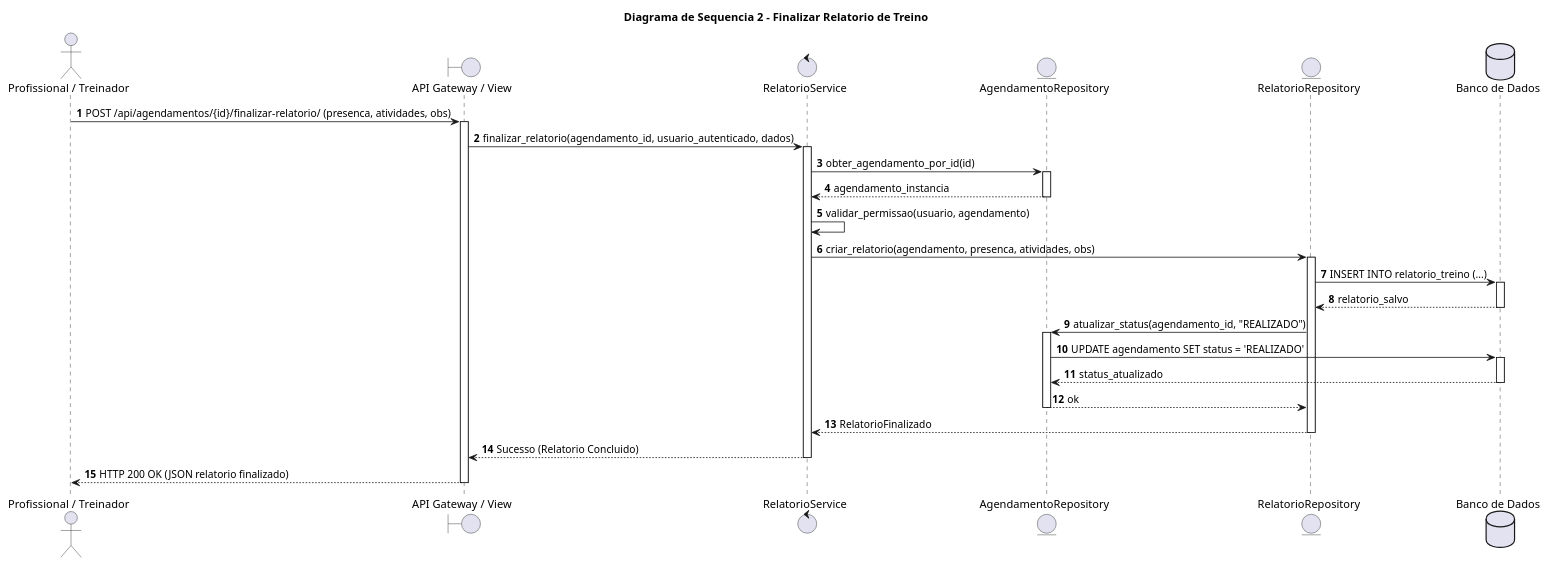
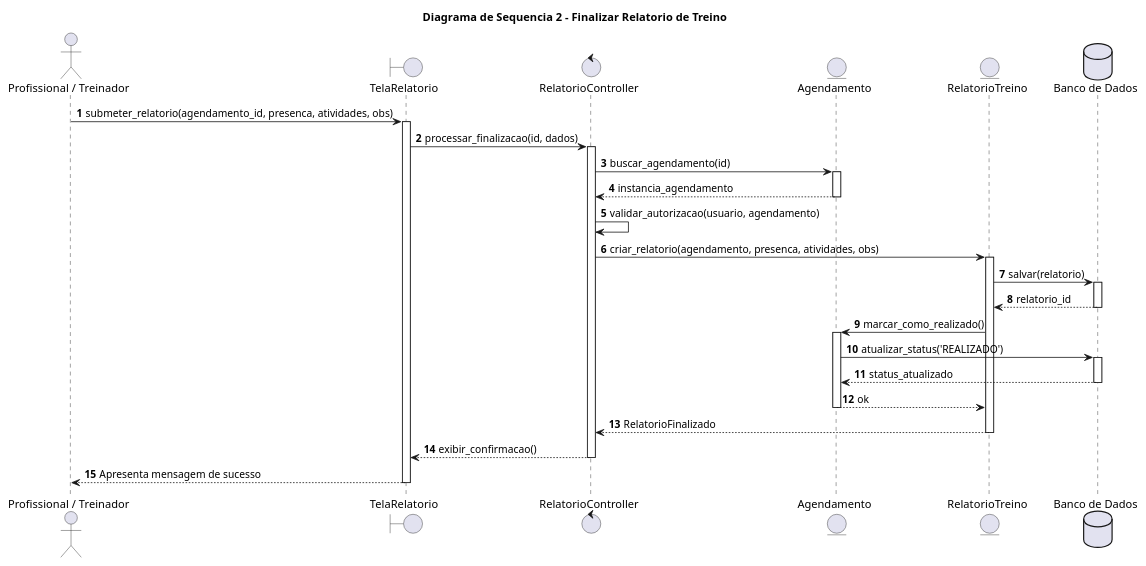
The second of 2 diagrams in docs/Elaboracao/diagrama_de_sequencia.md (Projetos-de-Extensao/PBE_26.2_8002_III), drawn with PlantUML before and after one commit. The commit also changed other lines of this file and 19 other files, not shown here.

Commit message:
docs: remove referencias a API REST e alinha diagramas com padrao BCE

````diff
--- a/docs/Elaboracao/diagrama_de_sequencia.md
+++ b/docs/Elaboracao/diagrama_de_sequencia.md
@@ -211,50 +211,50 @@
 ```plantuml
 @startuml
 title Diagrama de Sequencia 2 - Finalizar Relatorio de Treino
 autonumber
 actor "Profissional / Treinador" as Coach
-boundary "API Gateway / View" as API
-control "RelatorioService" as Service
-entity "AgendamentoRepository" as SchedRepo
-entity "RelatorioRepository" as ReportRepo
+boundary "TelaRelatorio" as View
+control "RelatorioController" as Ctrl
+entity "Agendamento" as Sched
+entity "RelatorioTreino" as Report
 database "Banco de Dados" as DB
 
-Coach -> API : POST /api/agendamentos/{id}/finalizar-relatorio/ (presenca, atividades, obs)
-activate API
+Coach -> View : submeter_relatorio(agendamento_id, presenca, atividades, obs)
+activate View
 
-API -> Service : finalizar_relatorio(agendamento_id, usuario_autenticado, dados)
-activate Service
+View -> Ctrl : processar_finalizacao(id, dados)
+activate Ctrl
 
-Service -> SchedRepo : obter_agendamento_por_id(id)
-activate SchedRepo
-SchedRepo --> Service : agendamento_instancia
-deactivate SchedRepo
+Ctrl -> Sched : buscar_agendamento(id)
+activate Sched
+Sched --> Ctrl : instancia_agendamento
+deactivate Sched
 
-Service -> Service : validar_permissao(usuario, agendamento)
+Ctrl -> Ctrl : validar_autorizacao(usuario, agendamento)
 
-Service -> ReportRepo : criar_relatorio(agendamento, presenca, atividades, obs)
-activate ReportRepo
-ReportRepo -> DB : INSERT INTO relatorio_treino (...)
+Ctrl -> Report : criar_relatorio(agendamento, presenca, atividades, obs)
+activate Report
+Report -> DB : salvar(relatorio)
 activate DB
-DB --> ReportRepo : relatorio_salvo
+DB --> Report : relatorio_id
 deactivate DB
 
-ReportRepo -> SchedRepo : atualizar_status(agendamento_id, "REALIZADO")
-activate SchedRepo
-SchedRepo -> DB : UPDATE agendamento SET status = 'REALIZADO'
+Report -> Sched : marcar_como_realizado()
+activate Sched
+Sched -> DB : atualizar_status('REALIZADO')
 activate DB
-DB --> SchedRepo : status_atualizado
+DB --> Sched : status_atualizado
 deactivate DB
-SchedRepo --> ReportRepo : ok
-deactivate SchedRepo
+Sched --> Report : ok
+deactivate Sched
 
-ReportRepo --> Service : RelatorioFinalizado
-deactivate ReportRepo
+Report --> Ctrl : RelatorioFinalizado
+deactivate Report
 
-Service --> API : Sucesso (Relatorio Concluido)
-deactivate Service
+Ctrl --> View : exibir_confirmacao()
+deactivate Ctrl
 
-API --> Coach : HTTP 200 OK (JSON relatorio finalizado)
-deactivate API
+View --> Coach : Apresenta mensagem de sucesso
+deactivate View
 @enduml
 ```
````
